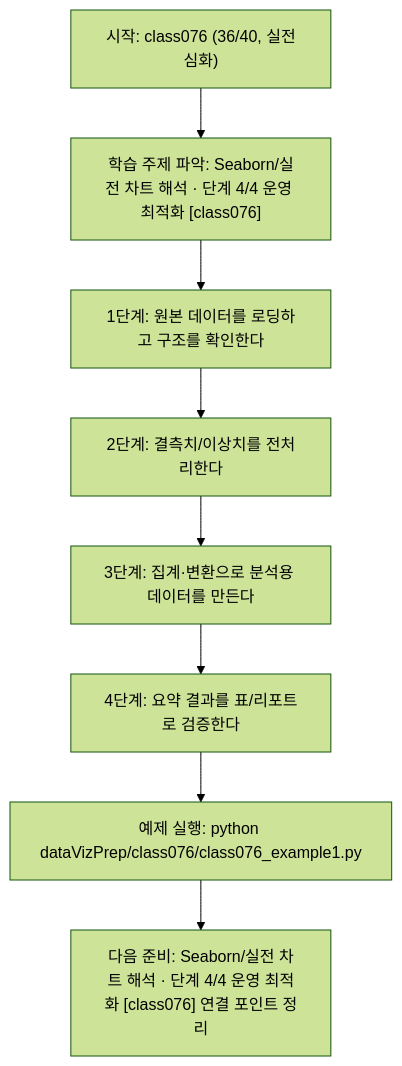
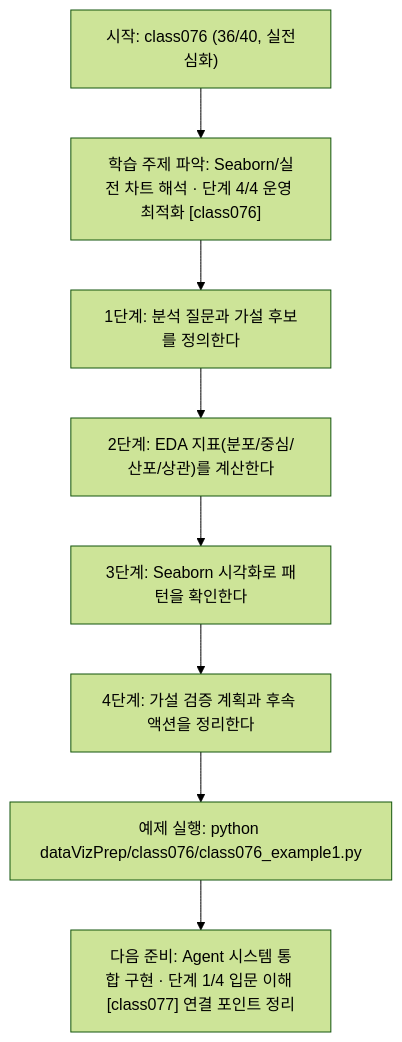
The diagram in dataVizPrep/class076/class076.md (edumgt/Python-AI_Agent-Class), drawn with Mermaid (forest theme) before and after one commit. The commit also changed other lines of this file and 283 other files, not shown here.

````diff
--- a/dataVizPrep/class076/class076.md
+++ b/dataVizPrep/class076/class076.md
@@ -112,18 +92,18 @@
 ```mermaid
 flowchart TD
 N1["시작: class076 (36/40, 실전심화)"]
 N2["학습 주제 파악: Seaborn/실전 차트 해석 · 단계 4/4 운영 최적화 [class076]"]
-N3["1단계: 원본 데이터를 로딩하고 구조를 확인한다"]
-N4["2단계: 결측치/이상치를 전처리한다"]
-N5["3단계: 집계·변환으로 분석용 데이터를 만든다"]
-N6["4단계: 요약 결과를 표/리포트로 검증한다"]
+N3["1단계: 분석 질문과 가설 후보를 정의한다"]
+N4["2단계: EDA 지표(분포/중심/산포/상관)를 계산한다"]
+N5["3단계: Seaborn 시각화로 패턴을 확인한다"]
+N6["4단계: 가설 검증 계획과 후속 액션을 정리한다"]
 N7["예제 실행: python dataVizPrep/class076/class076_example1.py"]
-N8["다음 준비: Seaborn/실전 차트 해석 · 단계 4/4 운영 최적화 [class076] 연결 포인트 정리"]
+N8["다음 준비: Agent 시스템 통합 구현 · 단계 1/4 입문 이해 [class077] 연결 포인트 정리"]
 N1 --> N2
 N2 --> N3
 N3 --> N4
 N4 --> N5
 N5 --> N6
 N6 --> N7
 N7 --> N8
 ```
````
